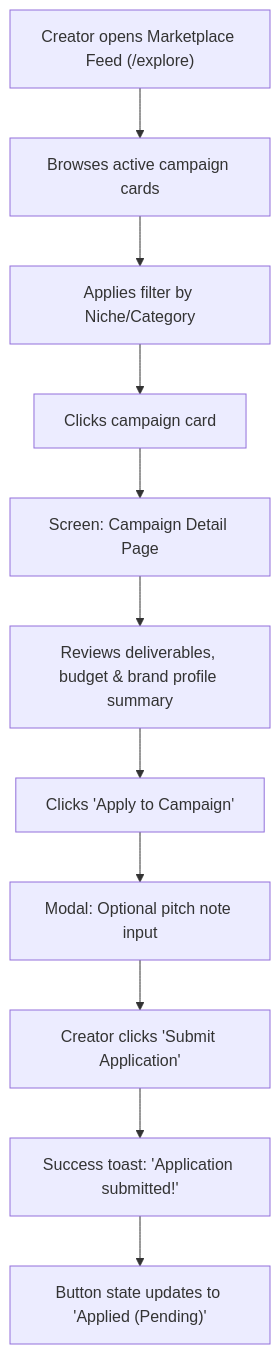
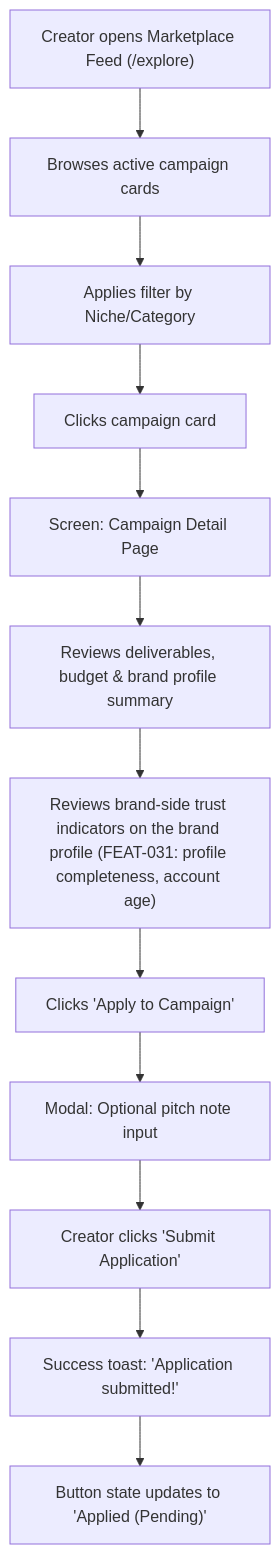
Before and after one commit to DEV-Nik06/collabtrust: the second of 4 diagrams in docs/05-design/ux-flows.md, drawn with Mermaid. The commit also changed other lines of this file and 48 other files, not shown here.

````diff
--- a/docs/05-design/ux-flows.md
+++ b/docs/05-design/ux-flows.md
@@ -68,13 +70,14 @@
 ```mermaid
 flowchart TD
     A["Creator opens Marketplace Feed (/explore)"] --> B["Browses active campaign cards"]
     B --> C["Applies filter by Niche/Category"]
     C --> D["Clicks campaign card"]
     D --> E["Screen: Campaign Detail Page"]
     E --> F["Reviews deliverables, budget & brand profile summary"]
-    F --> G["Clicks 'Apply to Campaign'"]
+    F --> F2["Reviews brand-side trust indicators on the brand profile (FEAT-031: profile completeness, account age)"]
+    F2 --> G["Clicks 'Apply to Campaign'"]
     G --> H["Modal: Optional pitch note input"]
     H --> I["Creator clicks 'Submit Application'"]
     I --> J["Success toast: 'Application submitted!'"]
     J --> K["Button state updates to 'Applied (Pending)'"]
 ```
````
